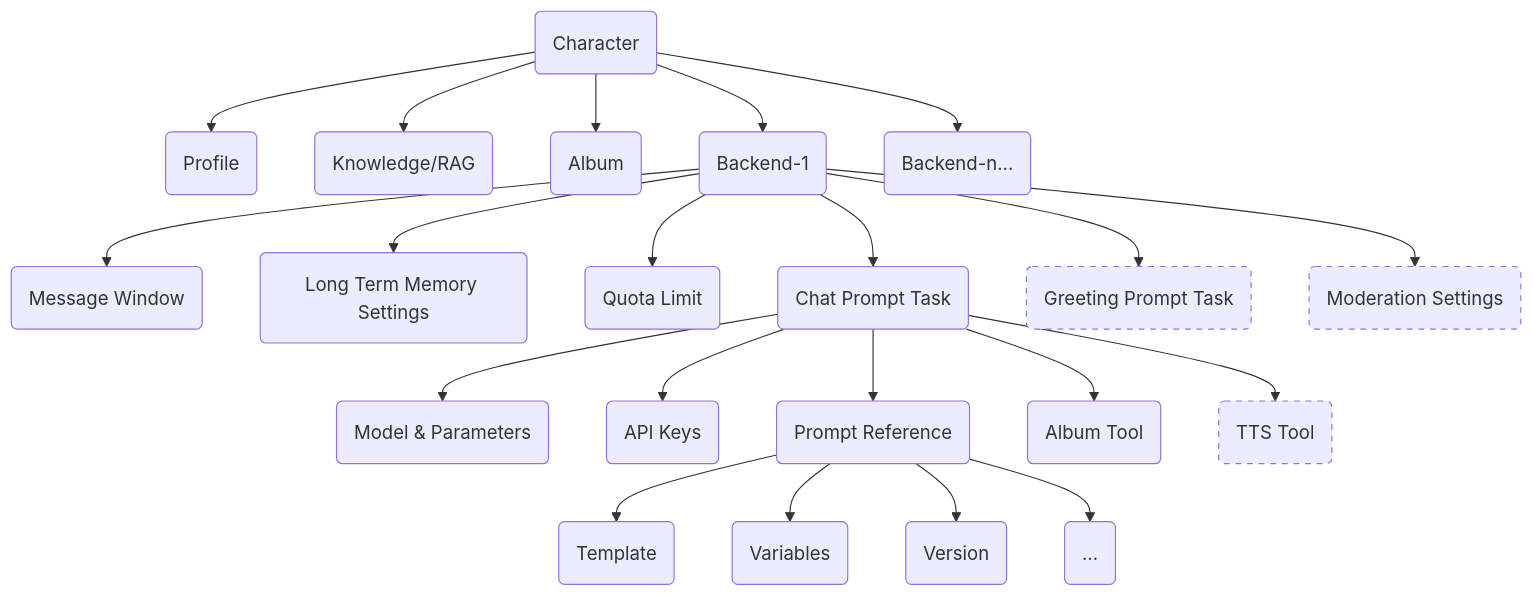
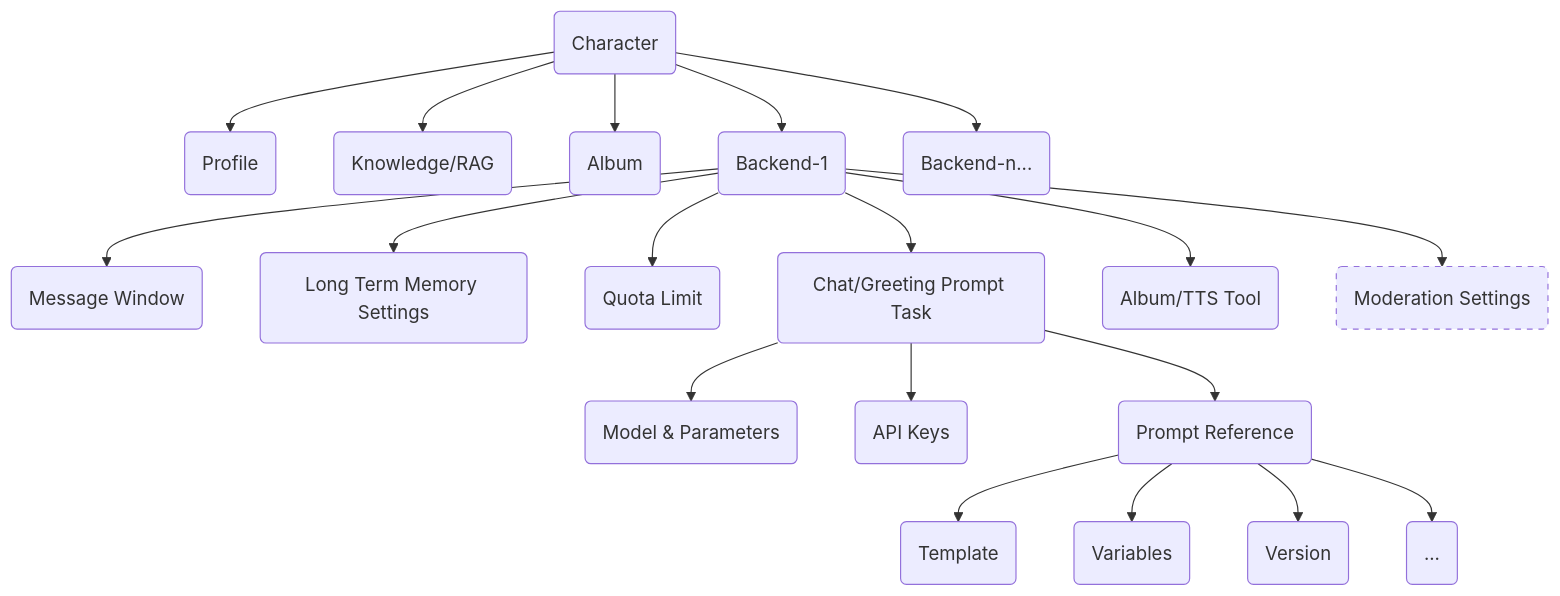
One commit to freechat-fun/freechat changed the diagram in README.md. Above: the diagram before and after it, drawn with Mermaid. The commit also changed 3 other files, not shown here.

````diff
--- a/README.md
+++ b/README.md
@@ -41,26 +41,22 @@
 ```mermaid
 flowchart TD
     A(Character) --> B(Profile)
     A --> C(Knowledge/RAG)
     A --> D(Album)
     A --> E(Backend-1)
     A --> F(Backend-n...)
     E --> G(Message Window)
     E --> H(Long Term Memory Settings)
     E --> I(Quota Limit)
-    E --> J(Chat Prompt Task)
-    E --> K(Greeting Prompt Task)
+    E --> J(Chat/Greeting Prompt Task)
+    E --> P(Album/TTS Tool)
     E --> L(Moderation Settings)
     J --> M(Model & Parameters)
     J --> N(API Keys)
     J --> O(Prompt Reference)
-    J --> P(Album Tool)
-    J --> Q(TTS Tool)
     O --> R(Template)
     O --> S(Variables)
     O --> T(Version)
     O --> U(...)
-    style K stroke-dasharray: 5, 5
     style L stroke-dasharray: 5, 5
-    style Q stroke-dasharray: 5, 5
 ```
````
